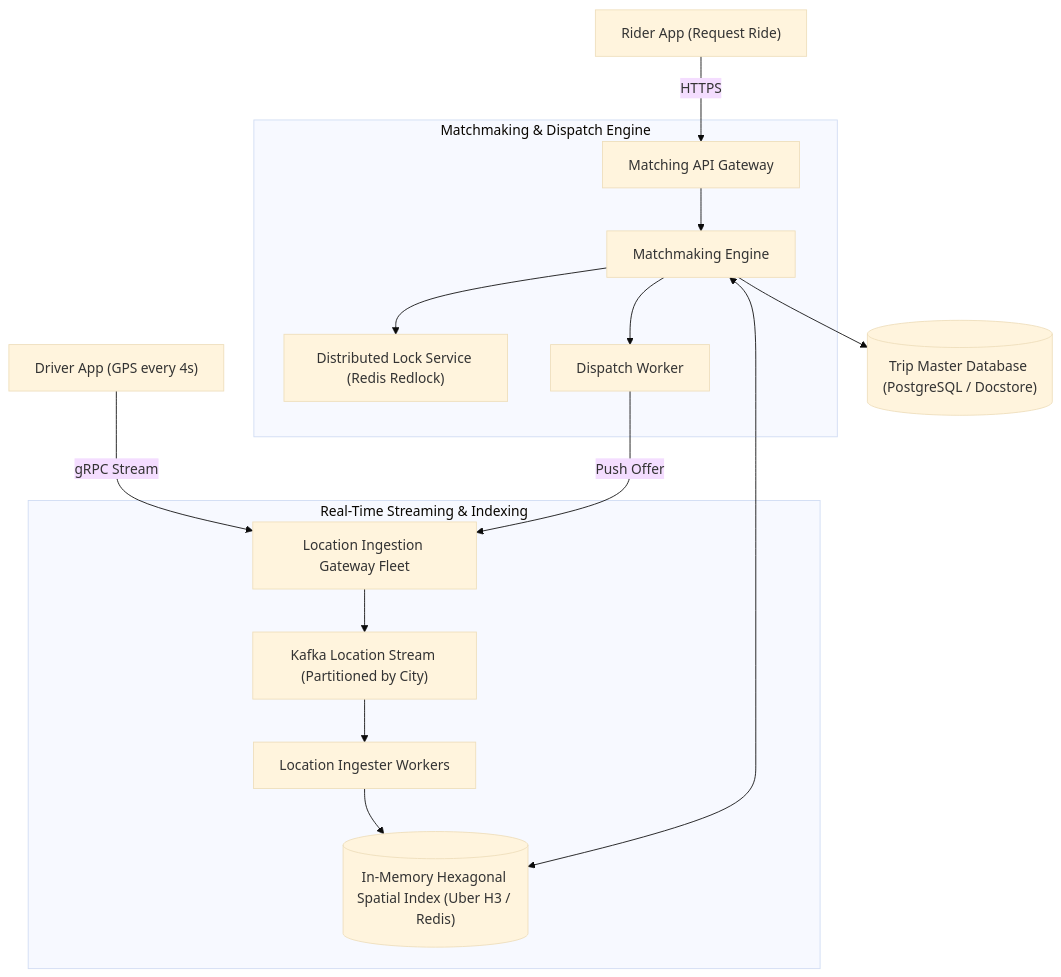
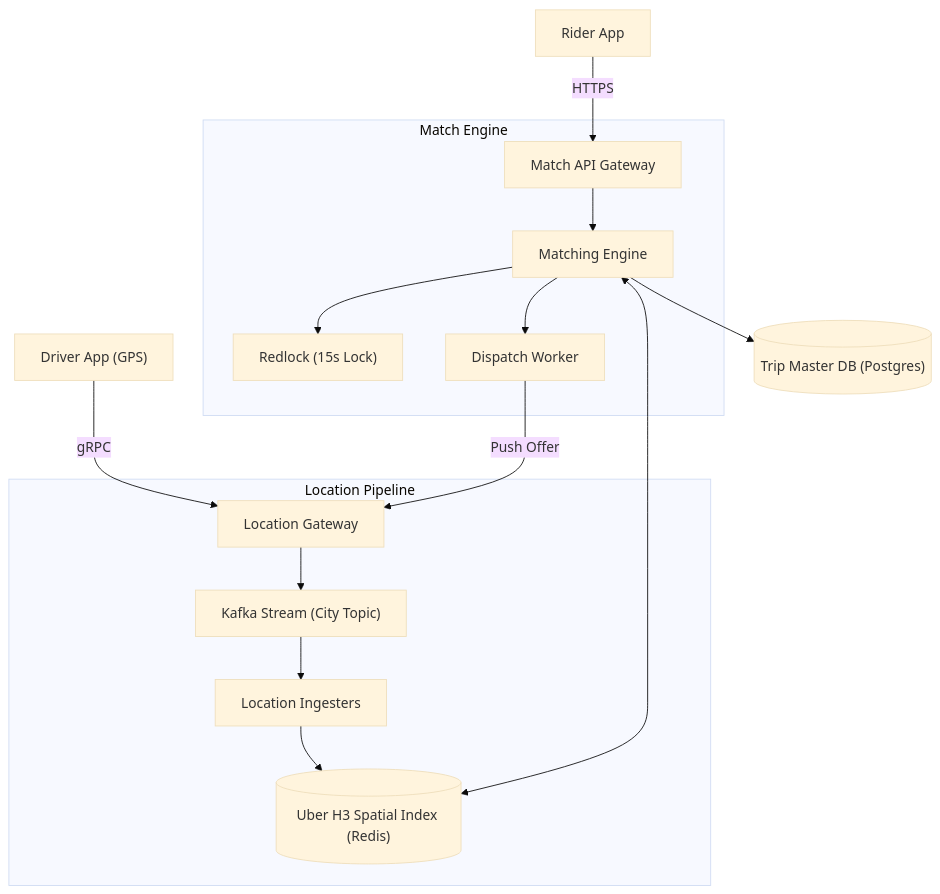
One commit to Sourav108/strivers-lld changed the diagram in strivers-hld/18-Interview-Problems-Product-Scale/03-Real-Time-Ride-Matching-Engine/README.md. Above: the diagram before and after it, drawn with Mermaid (base theme). The commit also changed 39 other files, not shown here.

Commit message:
fix(mermaid): wrap node labels, simplify diamonds, and reformat wide diagrams for perfect GitHub rendering

````diff
--- a/strivers-hld/18-Interview-Problems-Product-Scale/03-Real-Time-Ride-Matching-Engine/README.md
+++ b/strivers-hld/18-Interview-Problems-Product-Scale/03-Real-Time-Ride-Matching-Engine/README.md
@@ -5,21 +5,21 @@
 ```mermaid
 flowchart TD
-    Driver["Driver App (GPS every 4s)"] -->|gRPC Stream| LocationGW["Location Ingestion Gateway Fleet"]
-    Rider["Rider App (Request Ride)"] -->|HTTPS| MatchGW["Matching API Gateway"]
+    Driver["Driver App (GPS)"] -->|gRPC| LocationGW["Location Gateway"]
+    Rider["Rider App"] -->|HTTPS| MatchGW["Match API Gateway"]
 
-    subgraph RealTimePipeline["Real-Time Streaming & Indexing"]
-        LocationGW --> Kafka["Kafka Location Stream (Partitioned by City)"]
-        Kafka --> Ingester["Location Ingester Workers"]
-        Ingester --> H3Cache[("In-Memory Hexagonal Spatial Index (Uber H3 / Redis)")]
+    subgraph StreamingTier["Location Pipeline"]
+        LocationGW --> Kafka["Kafka Stream (City Topic)"]
+        Kafka --> Ingester["Location Ingesters"]
+        Ingester --> H3Cache[("Uber H3 Spatial Index (Redis)")]
     end
 
-    subgraph MatchmakingCore["Matchmaking & Dispatch Engine"]
-        MatchGW --> MatchEngine["Matchmaking Engine"]
+    subgraph MatchmakingCore["Match Engine"]
+        MatchGW --> MatchEngine["Matching Engine"]
         MatchEngine <--> H3Cache
-        MatchEngine --> Redlock["Distributed Lock Service (Redis Redlock)"]
+        MatchEngine --> Redlock["Redlock (15s Lock)"]
         MatchEngine --> DispatchWorker["Dispatch Worker"]
     end
 
     DispatchWorker -->|Push Offer| LocationGW
-    MatchEngine --> TripDB[("Trip Master Database (PostgreSQL / Docstore)")]
+    MatchEngine --> TripDB[("Trip Master DB (Postgres)")]
 ```
````
